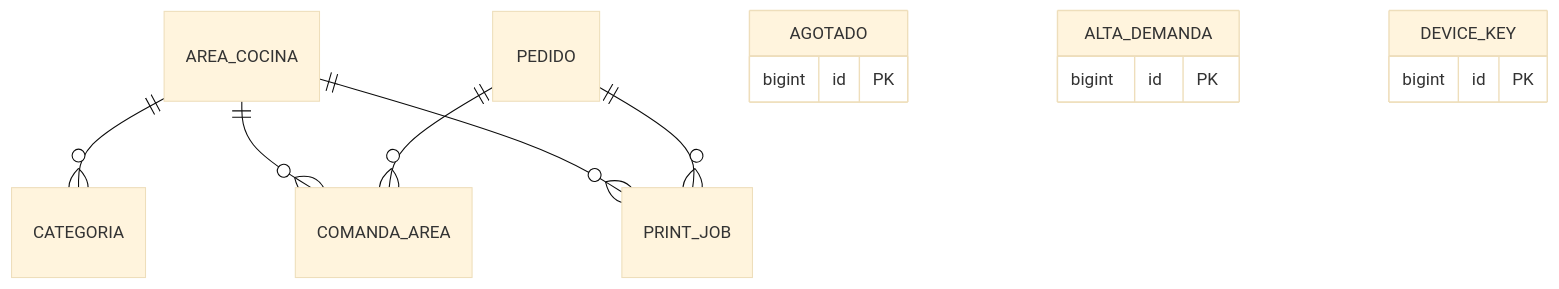
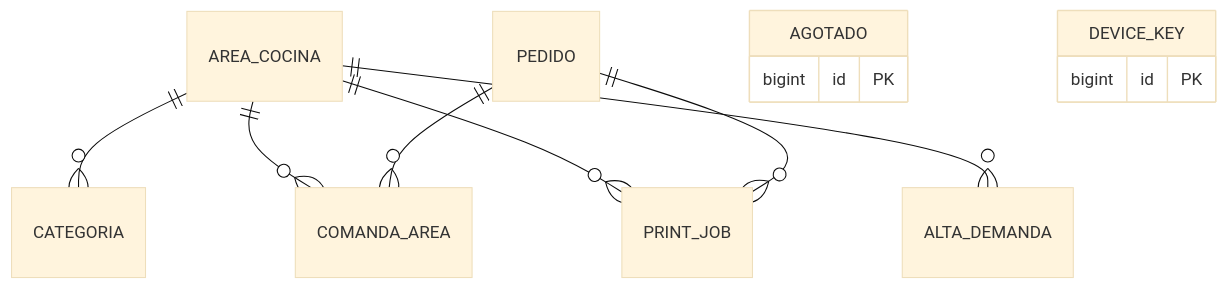
The second of 5 diagrams in docs/dor/DOR-FT-COC-02-impresion-de-comandas-y-etiquetas.md (JoseEM26/caprichos), drawn with Mermaid (base theme) before and after one commit. The commit also changed other lines of this file and 208 other files, not shown here.

````diff
--- a/docs/dor/DOR-FT-COC-02-impresion-de-comandas-y-etiquetas.md
+++ b/docs/dor/DOR-FT-COC-02-impresion-de-comandas-y-etiquetas.md
@@ -91,17 +93,15 @@
 ```mermaid
 erDiagram
   AREA_COCINA ||--o{ CATEGORIA : ""
   AREA_COCINA ||--o{ COMANDA_AREA : ""
   PEDIDO ||--o{ COMANDA_AREA : ""
   AREA_COCINA ||--o{ PRINT_JOB : ""
   PEDIDO ||--o{ PRINT_JOB : ""
+  AREA_COCINA ||--o{ ALTA_DEMANDA : ""
   AGOTADO {
-    bigint id PK
-  }
-  ALTA_DEMANDA {
     bigint id PK
   }
   DEVICE_KEY {
     bigint id PK
   }
 ```
````
